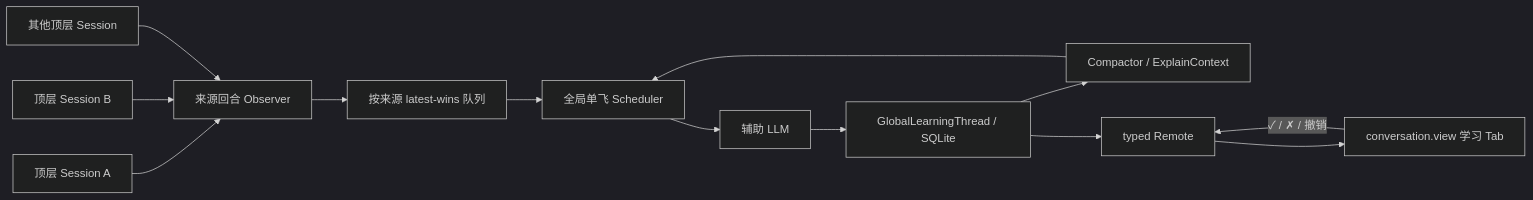
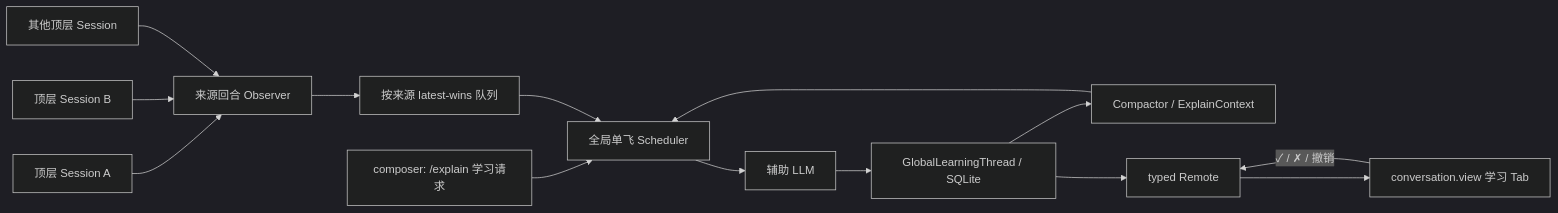
The first of 2 diagrams in docs/ARCHITECTURE.md (yuezengwu/dsh-explain), drawn with Mermaid (dark theme) before and after one commit. The commit also changed other lines of this file and 21 other files, not shown here.

````diff
--- a/docs/ARCHITECTURE.md
+++ b/docs/ARCHITECTURE.md
@@ -21,15 +21,16 @@
 ```mermaid
 flowchart LR
   S1["顶层 Session A"] --> O["来源回合 Observer"]
   S2["顶层 Session B"] --> O
   SN["其他顶层 Session"] --> O
   O --> Q["按来源 latest-wins 队列"]
+  X["composer: /explain 学习请求"] --> R
   Q --> R["全局单飞 Scheduler"]
   R --> L["辅助 LLM"]
   L --> D["GlobalLearningThread / SQLite"]
   D --> C["Compactor / ExplainContext"]
   C --> R
   D --> G["typed Remote"]
   G --> U["conversation.view 学习 Tab"]
   U -->|"✓ / ✗ / 撤销"| G
 ```
````
